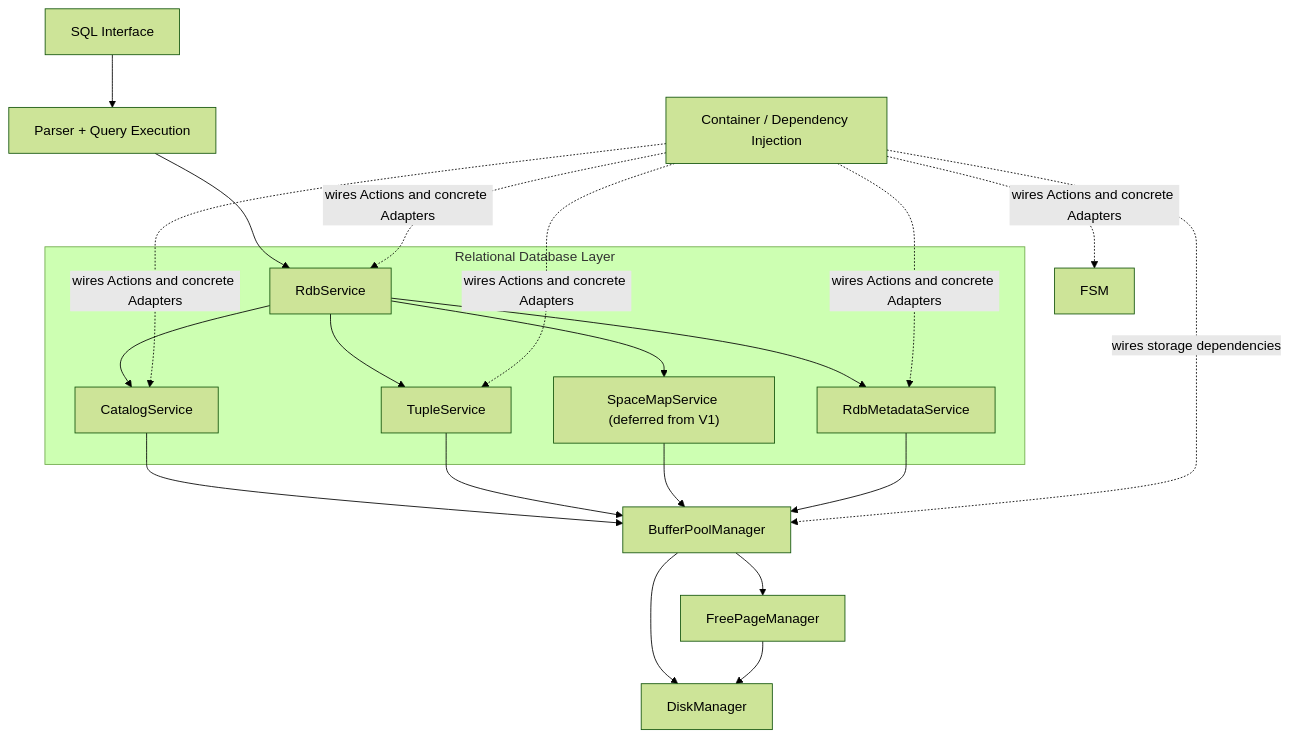
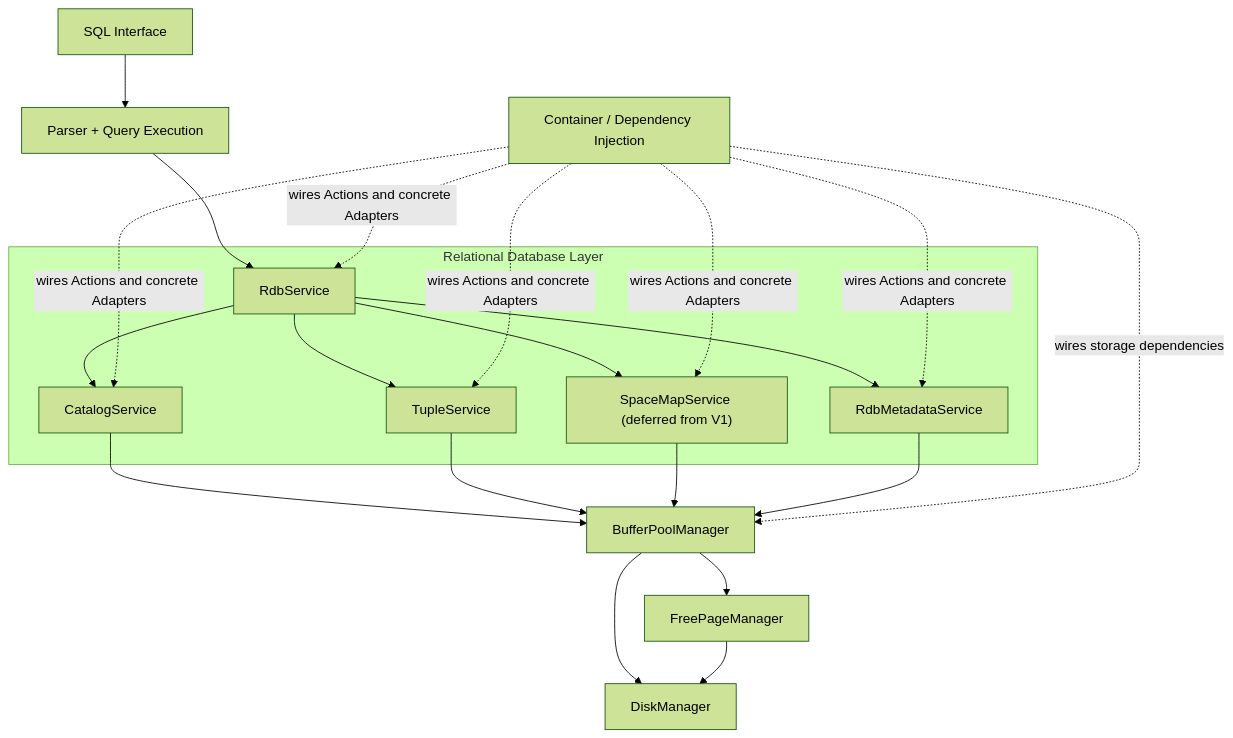
One commit to soujash-mandal/UniDB changed the first of 2 diagrams in README.md. Above: the diagram before and after it, drawn with Mermaid (forest theme).

Commit message:
Update README.md to SpaceMapService naming

````diff
--- a/README.md
+++ b/README.md
@@ -5,40 +5,40 @@
 ```mermaid
 flowchart TD
     SQL["SQL Interface"]
     Query["Parser + Query Execution"]
 
     subgraph RDB_LAYER["Relational Database Layer"]
         RDB["RdbService"]
         Metadata["RdbMetadataService"]
         Catalog["CatalogService"]
         Tuple["TupleService"]
         SpaceMap["SpaceMapService (deferred from V1)"]
         RDB --> Catalog
         RDB --> Tuple
         RDB --> SpaceMap
         RDB --> Metadata
     end
 
     BPM["BufferPoolManager"]
     FPM["FreePageManager"]
     Disk["DiskManager"]
     Container["Container / Dependency Injection"]
 
     SQL --> Query
     Query --> RDB
 
     Catalog --> BPM
     Tuple --> BPM
     SpaceMap --> BPM
     Metadata --> BPM
     BPM --> FPM
     BPM --> Disk
     FPM --> Disk
 
     Container -. "wires Actions and concrete Adapters" .-> RDB
     Container -. "wires Actions and concrete Adapters" .-> Catalog
     Container -. "wires Actions and concrete Adapters" .-> Tuple
-    Container -. "wires Actions and concrete Adapters" .-> FSM
+    Container -. "wires Actions and concrete Adapters" .-> SpaceMap
     Container -. "wires Actions and concrete Adapters" .-> Metadata
     Container -. "wires storage dependencies" .-> BPM
 ```
````
